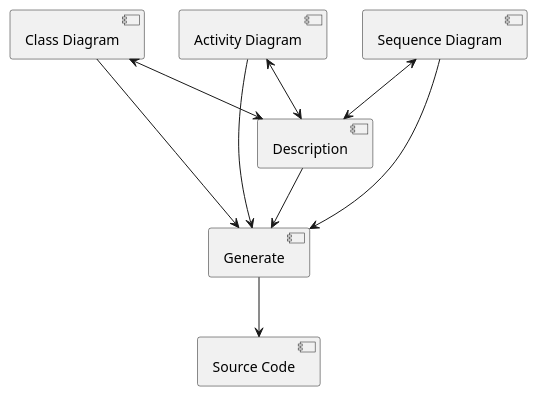
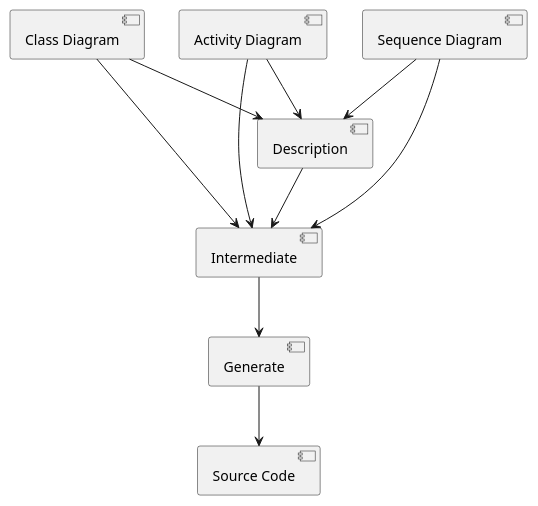
The diagram in designdocs/umlToSourceCode.puml (ThomasKrieger/agentelf), drawn with PlantUML before and after one commit. The commit also changed 22 other files, not shown here.

```diff
--- a/designdocs/umlToSourceCode.puml
+++ b/designdocs/umlToSourceCode.puml
@@ -1,15 +1,17 @@
 @startuml
 'https://plantuml.com/component-diagram
 
-[Class Diagram] --> [Generate]
+[Class Diagram] --> [Intermediate]
+
+[Intermediate] --> [Generate]
 [Generate] --> [Source Code]
 
-[Activity Diagram] -->  [Generate]
-[Sequence Diagram] -->  [Generate]
-[Description] -->  [Generate]
+[Activity Diagram] -->  [Intermediate]
+[Sequence Diagram] -->  [Intermediate]
+[Description] -->  [Intermediate]
 
-[Class Diagram]  <--> [Description]
-[Activity Diagram] <-->  [Description]
-[Sequence Diagram] <-->  [Description]
+[Class Diagram]  --> [Description]
+[Activity Diagram] -->  [Description]
+[Sequence Diagram] -->  [Description]
 
 @enduml
```
